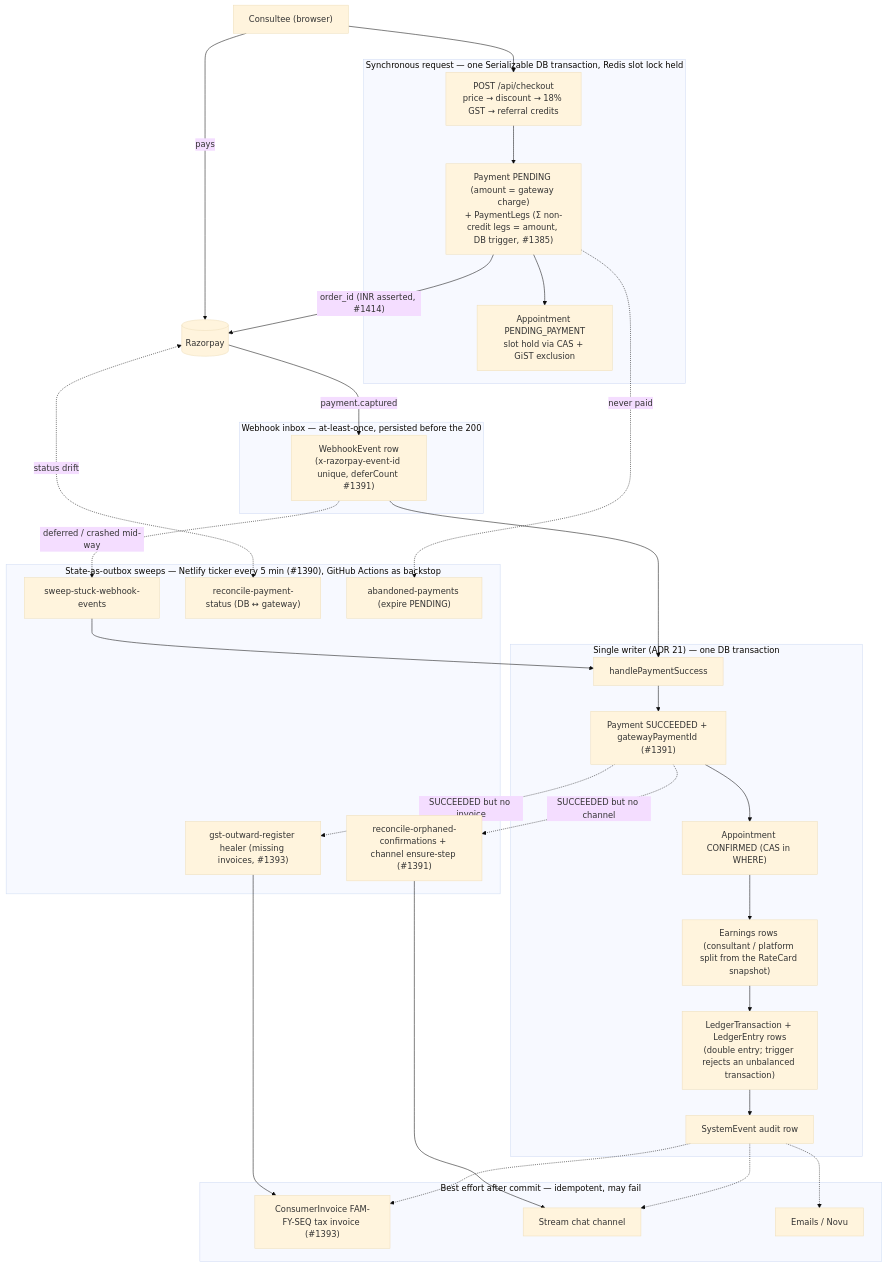
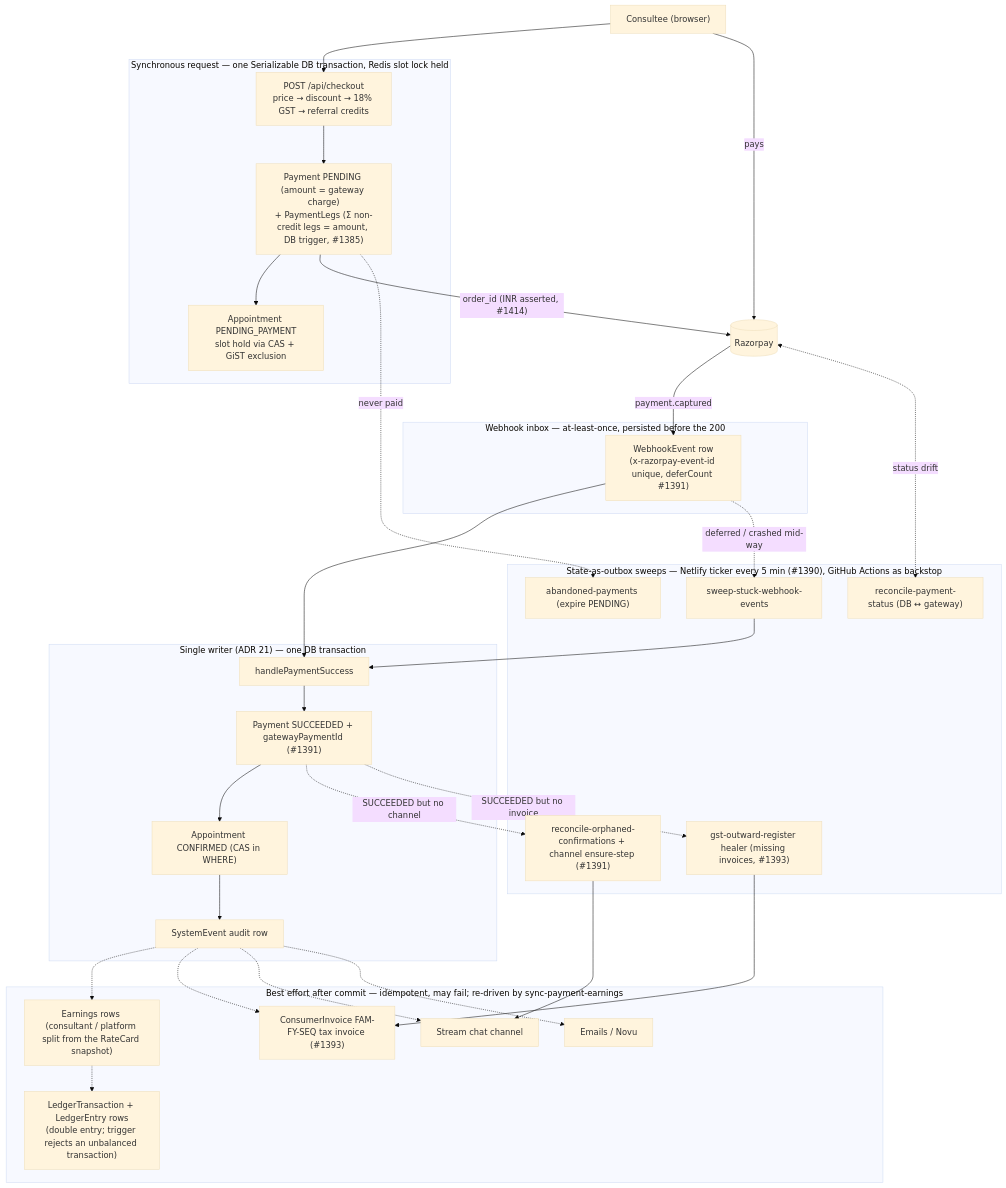
Before and after one commit to Practitionist/familiarise_web: the first of 5 diagrams in docs/payments/06-high-level-design.md, drawn with Mermaid (base theme). The commit also changed other lines of this file and 20 other files, not shown here.

````diff
--- a/docs/payments/06-high-level-design.md
+++ b/docs/payments/06-high-level-design.md
@@ -11,45 +11,46 @@
 ```mermaid
 flowchart TB
   U["Consultee (browser)"]
   subgraph Sync["Synchronous request — one Serializable DB transaction, Redis slot lock held"]
     CO["POST /api/checkout<br/>price → discount → 18% GST → referral credits"]
     PAY["Payment PENDING (amount = gateway charge)<br/>+ PaymentLegs (Σ non-credit legs = amount, DB trigger, #1385)"]
     APPT["Appointment PENDING_PAYMENT<br/>slot hold via CAS + GiST exclusion"]
   end
   RZP[("Razorpay")]
   subgraph Inbox["Webhook inbox — at-least-once, persisted before the 200"]
     WE["WebhookEvent row<br/>(x-razorpay-event-id unique, deferCount #1391)"]
   end
   subgraph Writer["Single writer (ADR 21) — one DB transaction"]
     HS["handlePaymentSuccess"]
     P2["Payment SUCCEEDED + gatewayPaymentId (#1391)"]
     A2["Appointment CONFIRMED (CAS in WHERE)"]
+    AUD["SystemEvent audit row"]
+  end
+  subgraph After["Best effort after commit — idempotent, may fail; re-driven by sync-payment-earnings"]
     EARN["Earnings rows (consultant / platform split from the RateCard snapshot)"]
     LED["LedgerTransaction + LedgerEntry rows<br/>(double entry; trigger rejects an unbalanced transaction)"]
-    AUD["SystemEvent audit row"]
-  end
-  subgraph After["Best effort after commit — idempotent, may fail"]
     INV["ConsumerInvoice FAM-FY-SEQ tax invoice (#1393)"]
     CH["Stream chat channel"]
     MAIL["Emails / Novu"]
   end
   subgraph Sweeps["State-as-outbox sweeps — Netlify ticker every 5 min (#1390), GitHub Actions as backstop"]
     S1["sweep-stuck-webhook-events"]
     S2["reconcile-orphaned-confirmations + channel ensure-step (#1391)"]
     S3["reconcile-payment-status (DB ↔ gateway)"]
     S4["abandoned-payments (expire PENDING)"]
     S5["gst-outward-register healer (missing invoices, #1393)"]
   end
   U --> CO --> PAY --> APPT
   PAY -- "order_id (INR asserted, #1414)" --> RZP
   U -- "pays" --> RZP -- "payment.captured" --> WE --> HS
-  HS --> P2 --> A2 --> EARN --> LED --> AUD
+  HS --> P2 --> A2 --> AUD
+  AUD -.-> EARN -.-> LED
   AUD -.-> INV
   AUD -.-> CH
   AUD -.-> MAIL
   WE -. "deferred / crashed mid-way" .-> S1 --> HS
   P2 -. "SUCCEEDED but no channel" .-> S2 --> CH
   P2 -. "SUCCEEDED but no invoice" .-> S5 --> INV
   RZP <-. "status drift" .-> S3
   PAY -. "never paid" .-> S4
 ```
````
